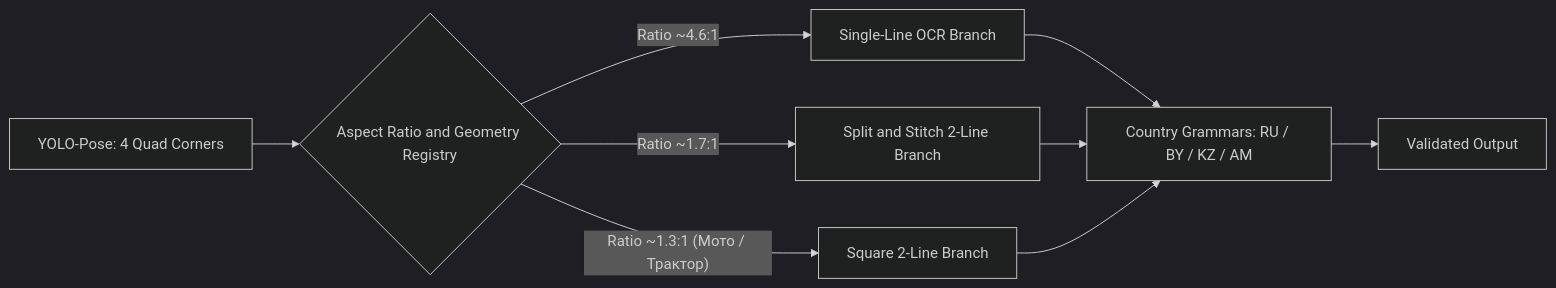
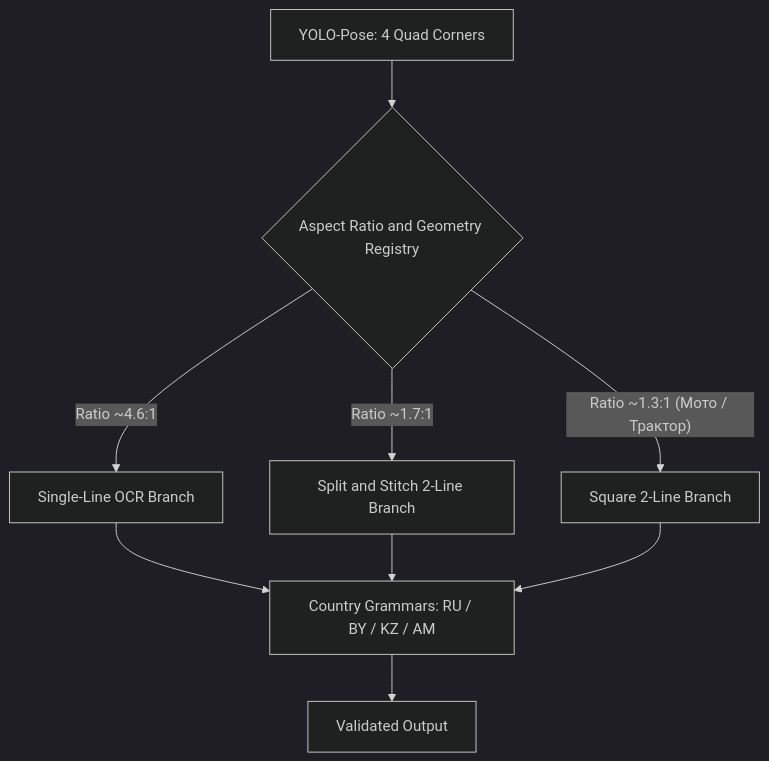
One commit to Vamsilver/OmniPlate-RU changed the diagram in docs/specs/06_extensibility_design.md. Above: the diagram before and after it, drawn with Mermaid (dark theme). The commit also changed 2 other files, not shown here.

Commit message:
docs(diagrams): convert all horizontal flowchart LR diagrams to vertical TD

````diff
--- a/docs/specs/06_extensibility_design.md
+++ b/docs/specs/06_extensibility_design.md
@@ -18,11 +18,11 @@
 ```mermaid
-flowchart LR
+flowchart TD
     A["YOLO-Pose: 4 Quad Corners"] --> B{"Aspect Ratio and Geometry Registry"}
     B -->|"Ratio ~4.6:1"| C["Single-Line OCR Branch"]
     B -->|"Ratio ~1.7:1"| D["Split and Stitch 2-Line Branch"]
     B -->|"Ratio ~1.3:1 (Мото / Трактор)"| E["Square 2-Line Branch"]
     C --> F["Country Grammars: RU / BY / KZ / AM"]
     D --> F
     E --> F
     F --> G["Validated Output"]
 ```
````
